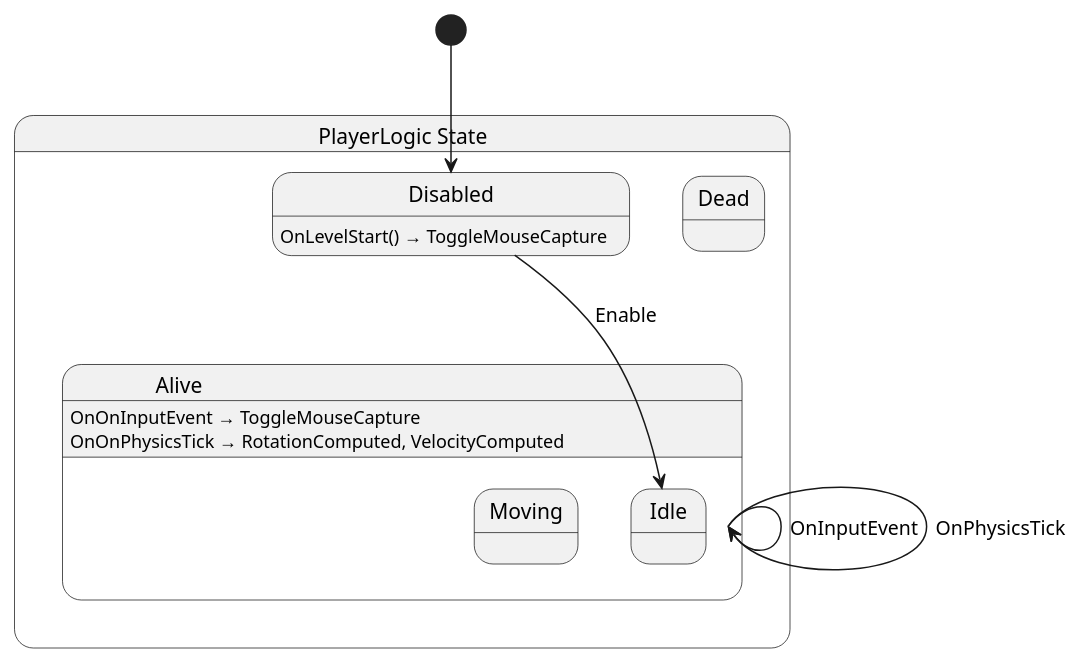
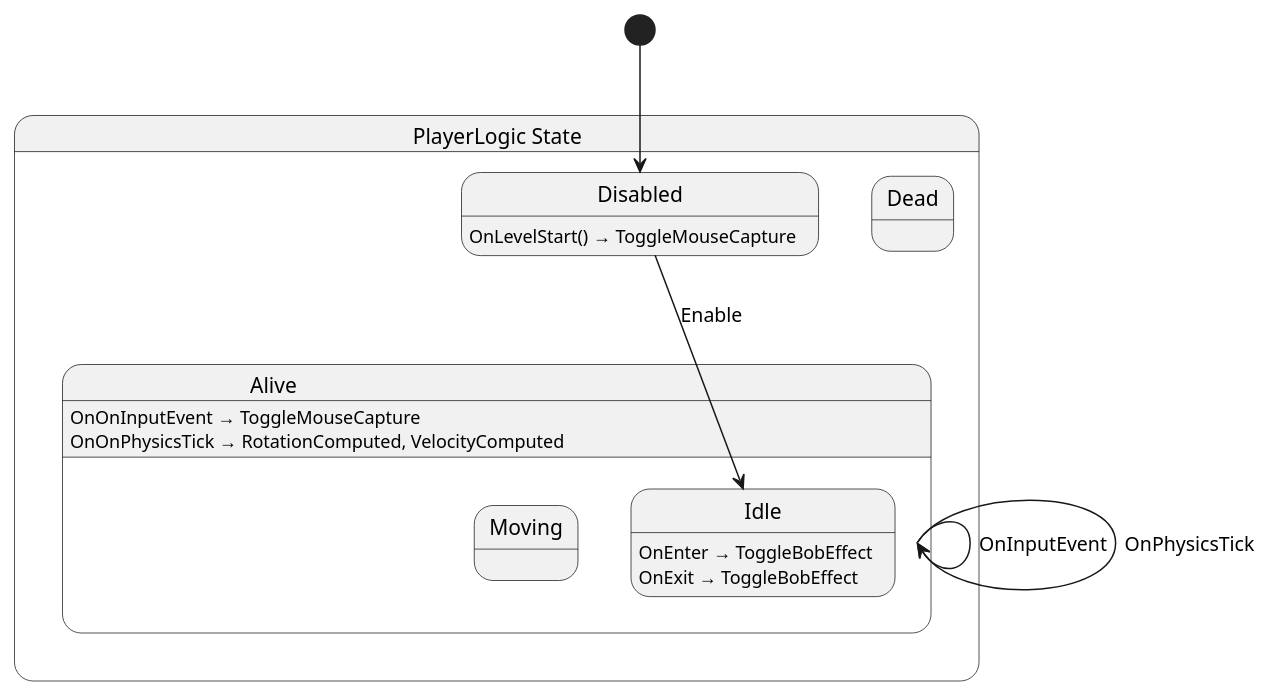
The diagram in Scripts/Drone/Player/State/PlayerLogic.g.puml (SkyValor/rescue-drone), drawn with PlantUML before and after one commit. The commit also changed 5 other files, not shown here.

Commit message:
Applied the bobbing effect to the player script.

```diff
--- a/Scripts/Drone/Player/State/PlayerLogic.g.puml
+++ b/Scripts/Drone/Player/State/PlayerLogic.g.puml
@@ -1,20 +1,22 @@
 @startuml PlayerLogic
 state "PlayerLogic State" as RescueDrone_PlayerLogic_State {
   state "Alive" as RescueDrone_PlayerLogic_State_Alive {
     state "Idle" as RescueDrone_PlayerLogic_State_Idle
     state "Moving" as RescueDrone_PlayerLogic_State_Moving
   }
   state "Dead" as RescueDrone_PlayerLogic_State_Dead
   state "Disabled" as RescueDrone_PlayerLogic_State_Disabled
 }
 
 RescueDrone_PlayerLogic_State_Alive --> RescueDrone_PlayerLogic_State_Alive : OnInputEvent
 RescueDrone_PlayerLogic_State_Alive --> RescueDrone_PlayerLogic_State_Alive : OnPhysicsTick
 RescueDrone_PlayerLogic_State_Disabled --> RescueDrone_PlayerLogic_State_Idle : Enable
 
 RescueDrone_PlayerLogic_State_Alive : OnOnInputEvent → ToggleMouseCapture
 RescueDrone_PlayerLogic_State_Alive : OnOnPhysicsTick → RotationComputed, VelocityComputed
 RescueDrone_PlayerLogic_State_Disabled : OnLevelStart() → ToggleMouseCapture
+RescueDrone_PlayerLogic_State_Idle : OnEnter → ToggleBobEffect
+RescueDrone_PlayerLogic_State_Idle : OnExit → ToggleBobEffect
 
 [*] --> RescueDrone_PlayerLogic_State_Disabled
 @enduml
```
